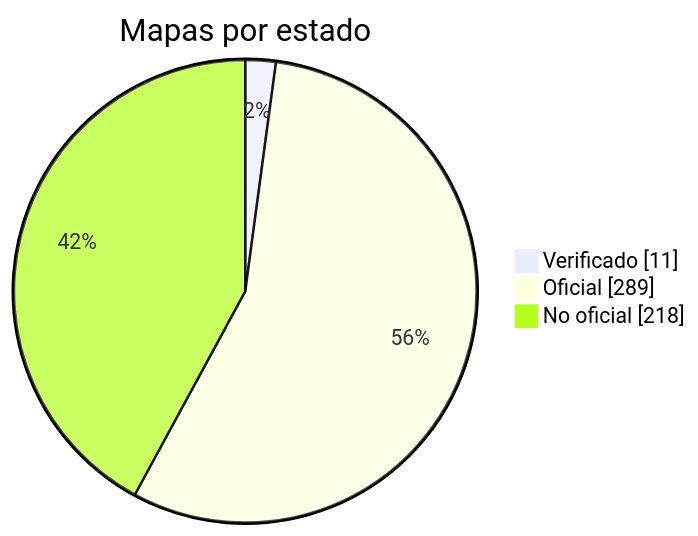
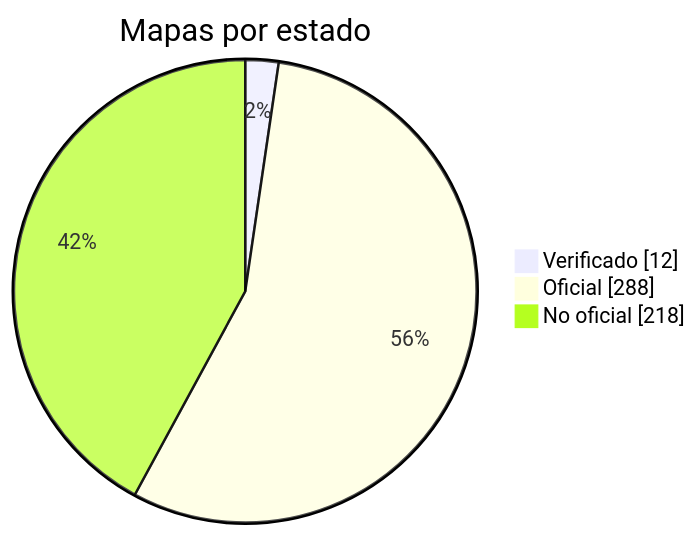
One commit to nobrega8/mbmap-library changed the diagram in docs/readme/README_ES.md. Above: the diagram before and after it, drawn with Mermaid. The commit also changed 5 other files, not shown here.

````diff
--- a/docs/readme/README_ES.md
+++ b/docs/readme/README_ES.md
@@ -54,7 +54,7 @@
 ```mermaid
 pie showData
     title Mapas por estado
-    "Verificado" : 11
-    "Oficial" : 289
+    "Verificado" : 12
+    "Oficial" : 288
     "No oficial" : 218
 ```
````
